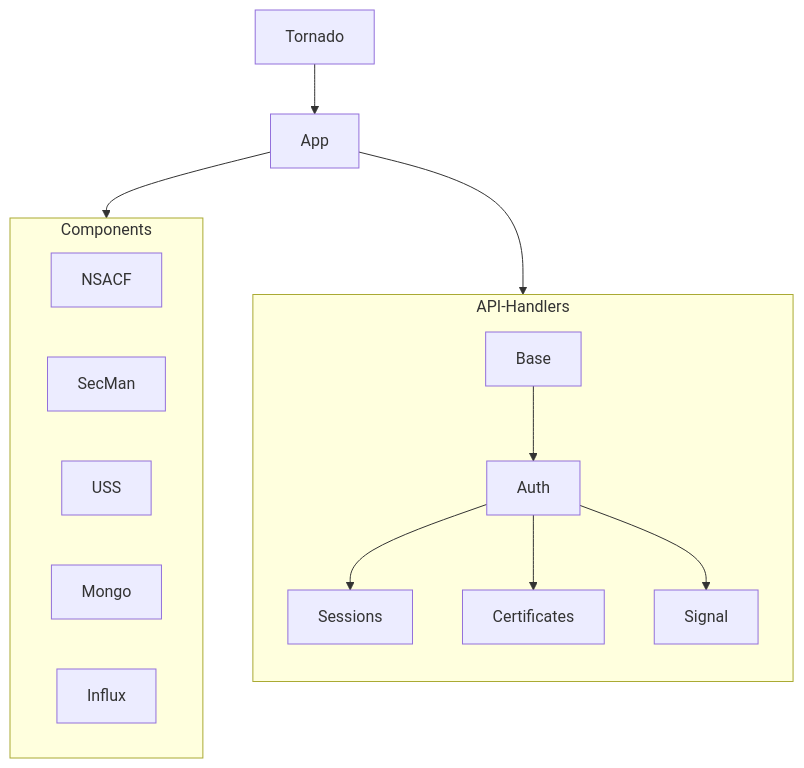
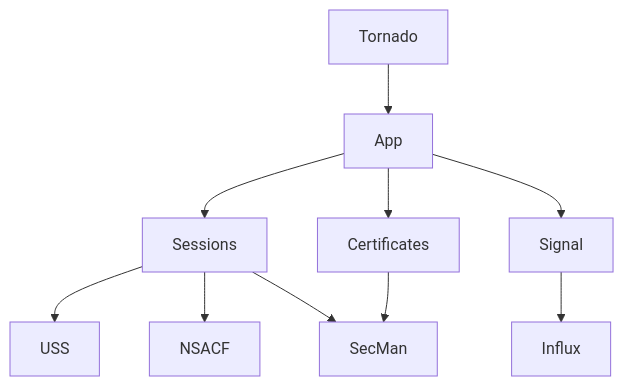
One commit to flyvercity/iot-ngin-c2ng changed the second of 7 diagrams in docs/GENERAL.md. Above: the diagram before and after it, drawn with Mermaid. The commit also changed other lines of this file and 1 other file, not shown here.

Commit message:
Login sequence diagram

````diff
--- a/docs/GENERAL.md
+++ b/docs/GENERAL.md
@@ -33,20 +39,12 @@
 ```mermaid
 flowchart
-    subgraph Components
-        NSACF
-        SecMan
-        USS
-        Mongo
-        Influx
-    end
-    subgraph API-Handlers
-        direction TB
-        Base --> Auth
-        Auth --> Sessions
-        Auth --> Certificates
-        Auth --> Signal
-    end
     Tornado --> App
-    App --> Components
-    App --> API-Handlers
+    App --> Sessions
+    App --> Certificates
+    App --> Signal
+    Sessions --> USS
+    Sessions --> NSACF
+    Sessions --> SecMan
+    Certificates --> SecMan
+    Signal --> Influx
 ```
````
